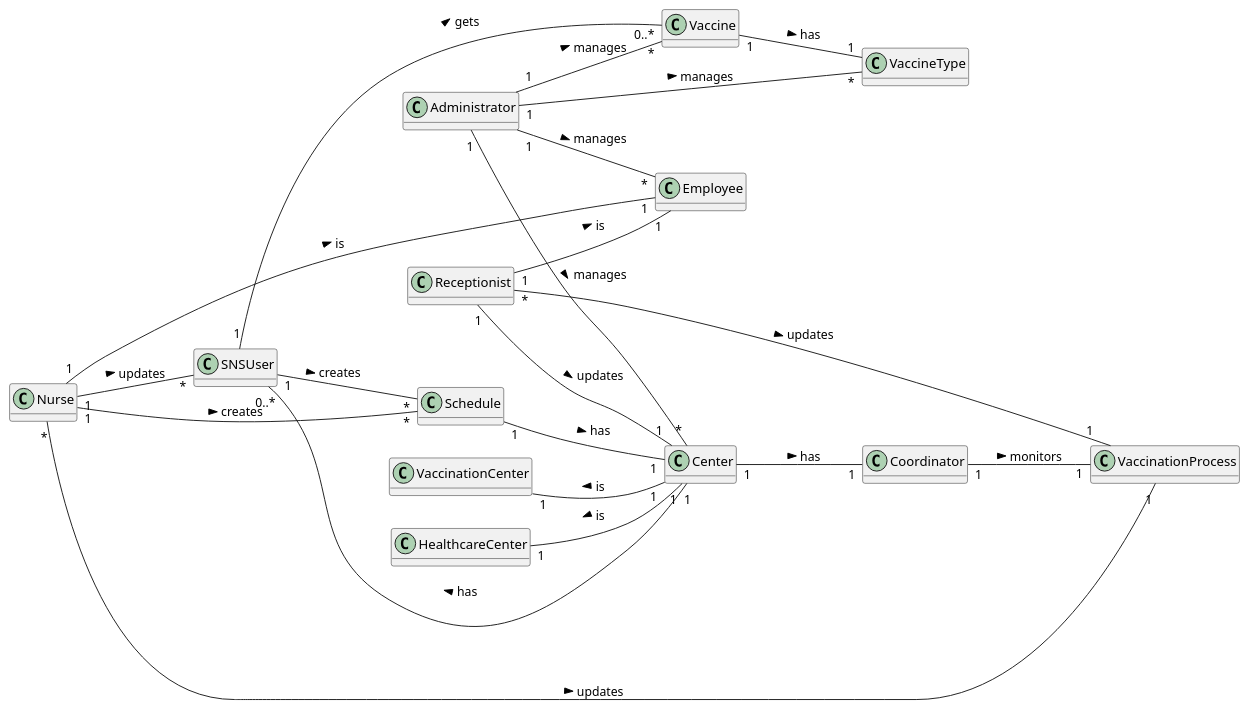
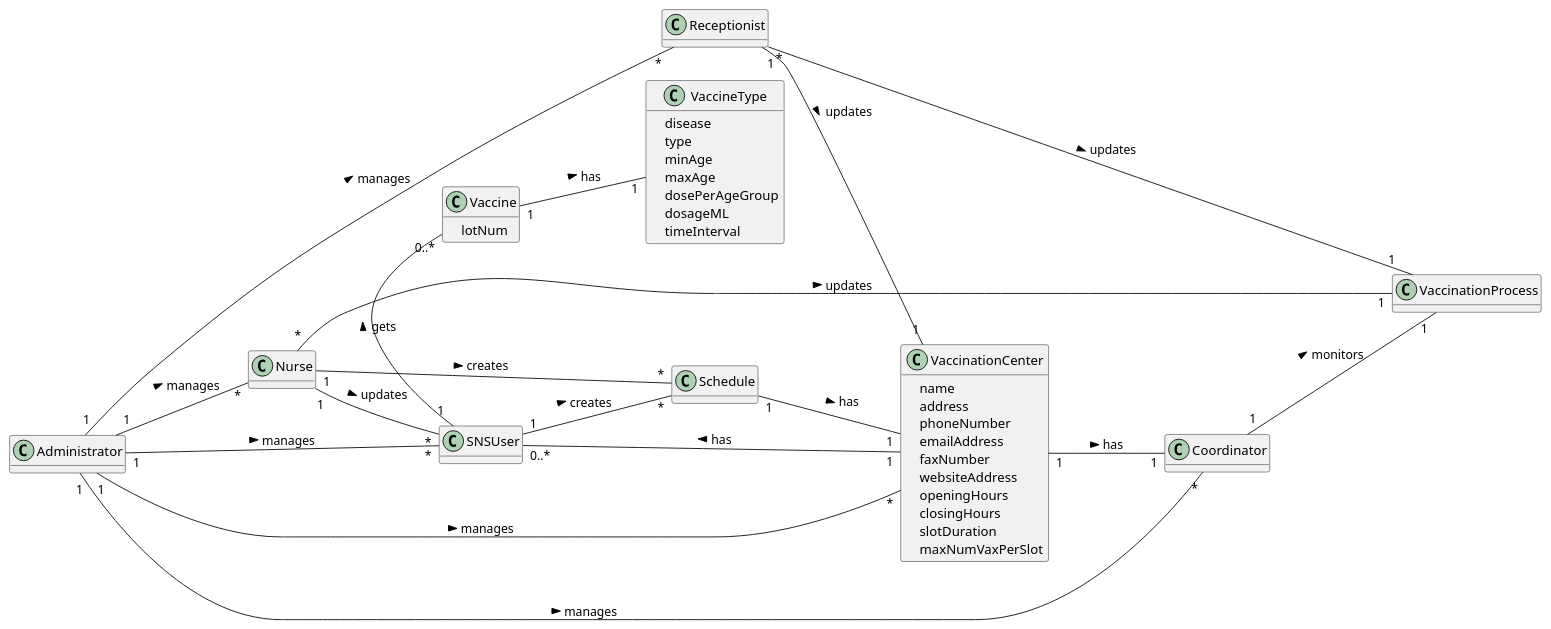
Before and after one commit to Norton1337/LAPR2_2122: the diagram in docs/SprintA/DM.puml, drawn with PlantUML.

Commit message:
T-08 Updated DM

```diff
--- a/docs/SprintA/DM.puml
+++ b/docs/SprintA/DM.puml
@@ -1,90 +1,96 @@
 @startuml
 hide methods
 left to right direction
 skinparam classAttributeIconSize 3
 
 
-class Center {
 
-}
 
 class Coordinator{
 
 }
 
 class VaccinationCenter {
-
+    -name
+    -address
+    -phoneNumber
+    -emailAddress
+    -faxNumber
+    -websiteAddress
+    -openingHours
+    -closingHours
+    -slotDuration
+    -maxNumVaxPerSlot
 
 }
 
-class Employee{
-
-}
-
-class HealthcareCenter{
-
-
-}
 
 class Nurse {
 
 
 }
 
 class Receptionist{
 
 }
 
 class Administrator{
 
 }
 
 class Schedule{
 }
 
 class SNSUser {
 
 }
 
 class VaccineType{
-
-
+    -disease
+    -type
+    -minAge
+    -maxAge
+    -dosePerAgeGroup
+    -dosageML
+    -timeInterval
 }
 
 class Vaccine{
-
-
+    -lotNum
 }
 
 
 class VaccinationProcess{
 
 
+
 }
 
-Nurse "1" -- "1" Employee: is >
-Receptionist "1" -- "1" Employee: is >
-Receptionist "1" -- "1" Center: updates >
+Nurse "*" -- "1" VaccinationProcess: updates >
+
+
+Receptionist "1" -- "1" VaccinationCenter: updates >
 Receptionist "*" -- "1" VaccinationProcess: updates >
-Nurse "*" -- "1" VaccinationProcess: updates >
-VaccinationCenter "1" -- "1" Center: is <
-HealthcareCenter "1" -- "1" Center: is <
 
-Center "1" -- "0..*" SNSUser: has >
-Center "1" -- "1" Coordinator: has >
+
+VaccinationCenter "1" -- "0..*" SNSUser: has >
+VaccinationCenter "1" -- "1" Coordinator: has >
 
 Coordinator "1" -- "1" VaccinationProcess: monitors >
 
+Nurse "1" -- "*" Schedule: creates >
+Nurse "1" -- "*" SNSUser: updates >
+
+Schedule "1" -- "1" VaccinationCenter: has >
 
 SNSUser "1" -- "*" Schedule: creates >
-Nurse "1" -- "*" Schedule: creates >
-Nurse "1" -- "*" SNSUser: updates >
-Schedule "1" -- "1" Center: has >
 SNSUser "1" - "0..*" Vaccine: gets >
-Administrator "1" -- "*" VaccineType: manages >
-Administrator "1" -- "*" Vaccine: manages >
-Administrator "1" -- "*" Center: manages >
-Administrator "1" -- "*" Employee: manages >
+
+Administrator "1" -- "*" VaccinationCenter: manages >
+Administrator "1" -- "*" Nurse: manages >
+Administrator "1" -- "*" Receptionist: manages >
+Administrator "1" -- "*" SNSUser: manages >
+Administrator "1" -- "*" Coordinator: manages >
 
 Vaccine "1" -- "1" VaccineType: has >
 @enduml
```
